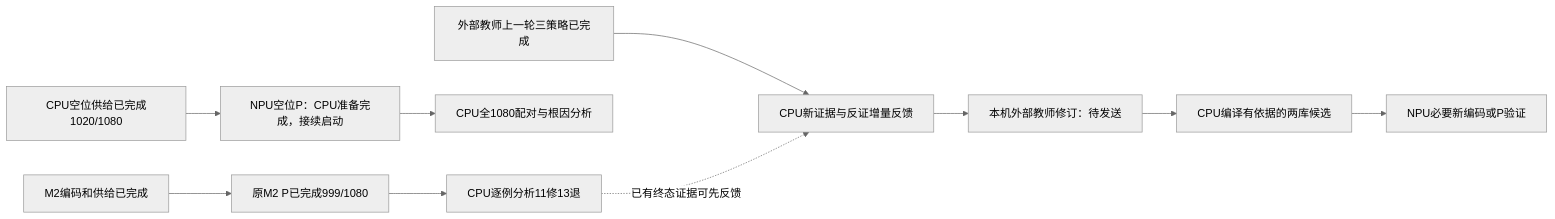
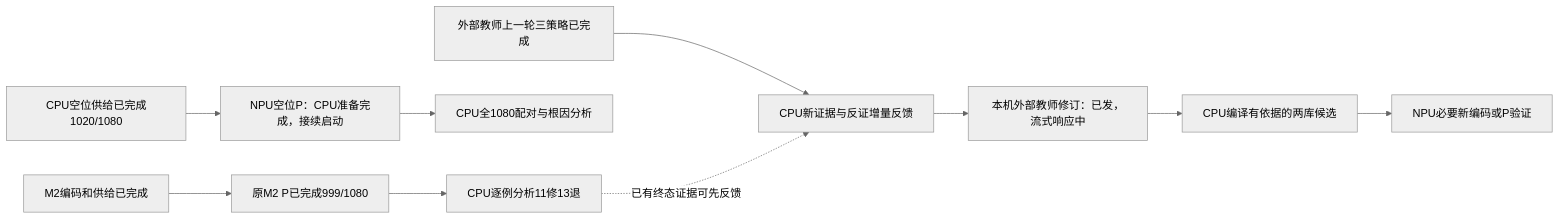
The diagram in docs/decisions/TFRL-Execution-DAG.md (chaosxingxc-orion/omni), drawn with Mermaid (neutral theme) before and after one commit. The commit also changed other lines of this file and 8 other files, not shown here.

````diff
--- a/docs/decisions/TFRL-Execution-DAG.md
+++ b/docs/decisions/TFRL-Execution-DAG.md
@@ -5,12 +5,12 @@
 ```mermaid
 flowchart LR
  M[M2编码和供给已完成] --> P[原M2 P已完成999/1080]
  P --> A[CPU逐例分析11修13退]
  V[CPU空位供给已完成1020/1080] --> N[NPU空位P：CPU准备完成，接续启动]
  N --> R[CPU全1080配对与根因分析]
  T[外部教师上一轮三策略已完成] --> F[CPU新证据与反证增量反馈]
  A -. 已有终态证据可先反馈 .-> F
- F --> E[本机外部教师修订：待发送]
+ F --> E[本机外部教师修订：已发，流式响应中]
  E --> C[CPU编译有依据的两库候选]
  C --> Q[NPU必要新编码或P验证]
 ```
````
